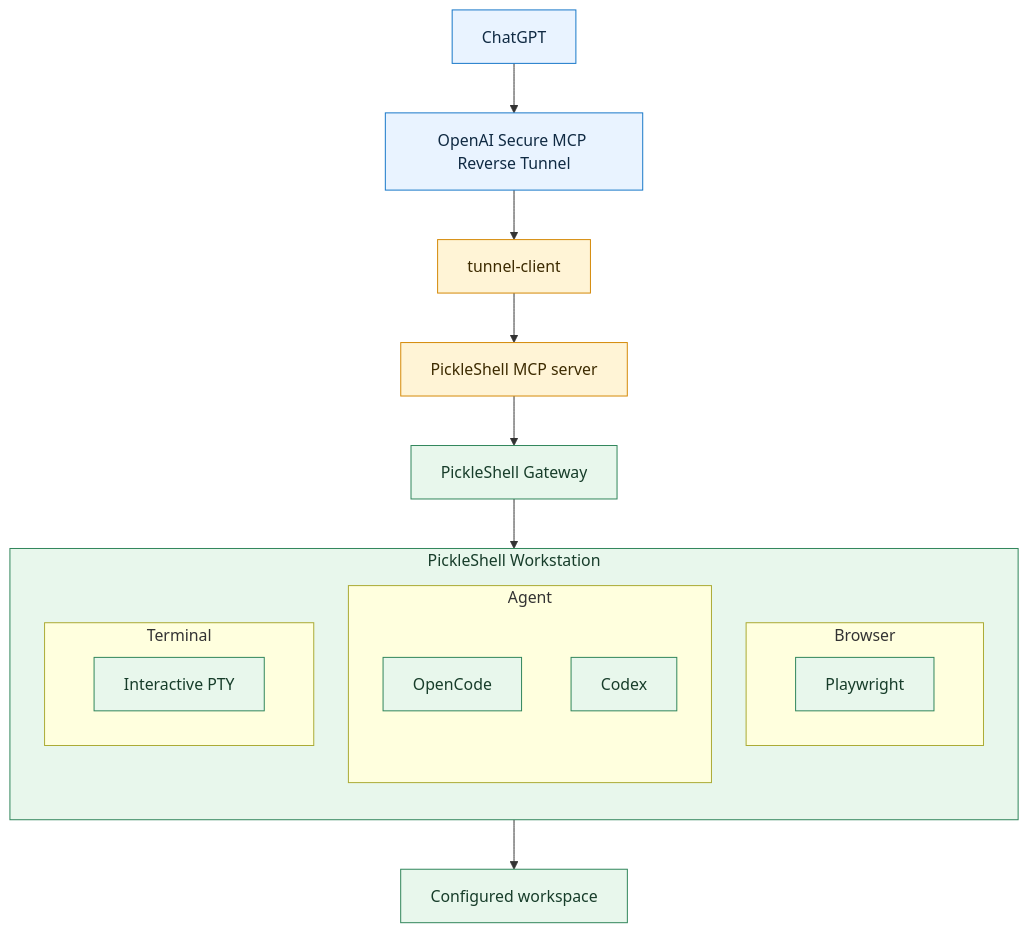
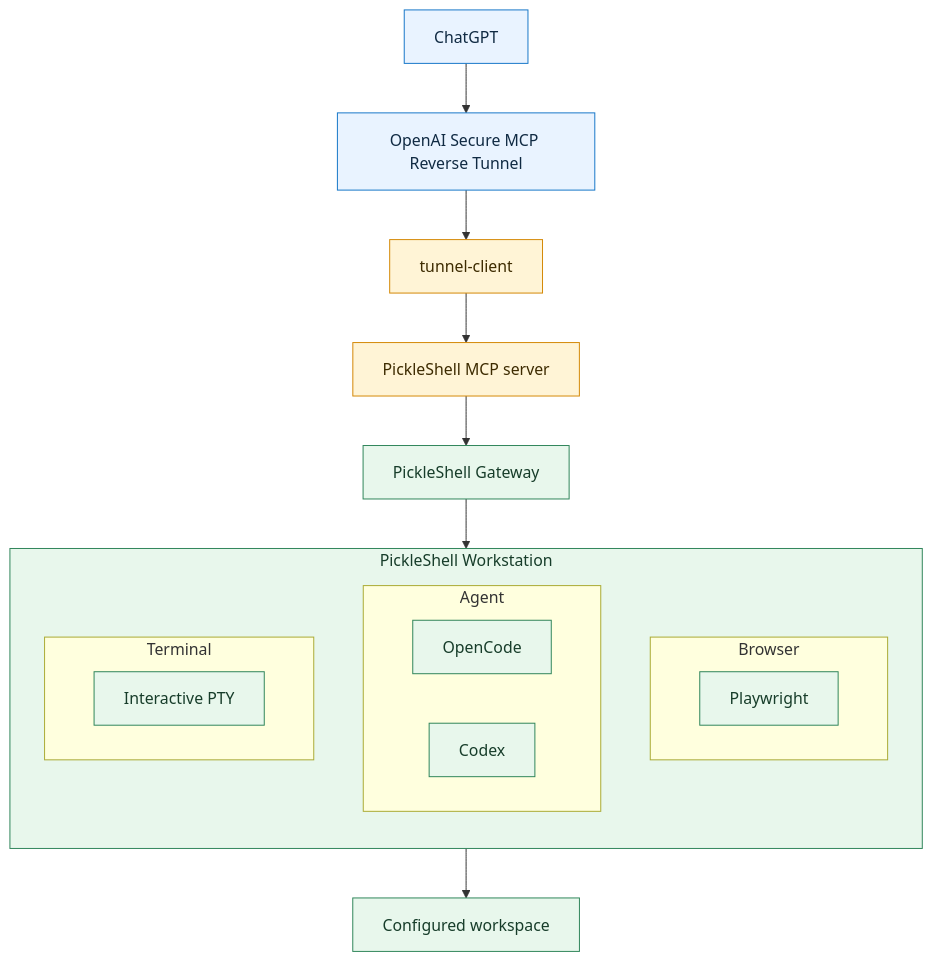
One commit to pickleshell/pickleshell changed the first of 3 diagrams in README.md. Above: the diagram before and after it, drawn with Mermaid.

Commit message:
docs: correct workspace architecture link

````diff
--- a/README.md
+++ b/README.md
@@ -113,32 +113,32 @@
 ```mermaid
 flowchart TD
     A["ChatGPT"] --> B["OpenAI Secure MCP Reverse Tunnel"]
     B --> C["tunnel-client"]
     C --> D["PickleShell MCP server"]
     D --> E["PickleShell Gateway"]
 
     subgraph SVC["PickleShell Workstation"]
         direction TB
         subgraph SVCB["Browser"]
             PW["Playwright"]:::impl
         end
         subgraph SVCA["Agent"]
             OC["OpenCode"]:::impl
             CX["Codex"]:::impl
         end
         subgraph SVCT["Terminal"]
             TTY["Interactive PTY"]:::impl
         end
     end
 
     E --> SVC
-    OC --> WS["Configured workspace"]
+    SVC --> WS["Configured workspace"]
 
     classDef cloud fill:#e9f3ff,stroke:#1677c8,color:#102a43
     classDef bridge fill:#fff4d6,stroke:#d48806,color:#3d2b00
     classDef local fill:#e8f7ec,stroke:#2f855a,color:#173d2a
     classDef impl fill:#e8f7ec,stroke:#2f855a,color:#173d2a
     class A,B cloud
     class C,D bridge
     class E,SVC,WS local
 ```
````
